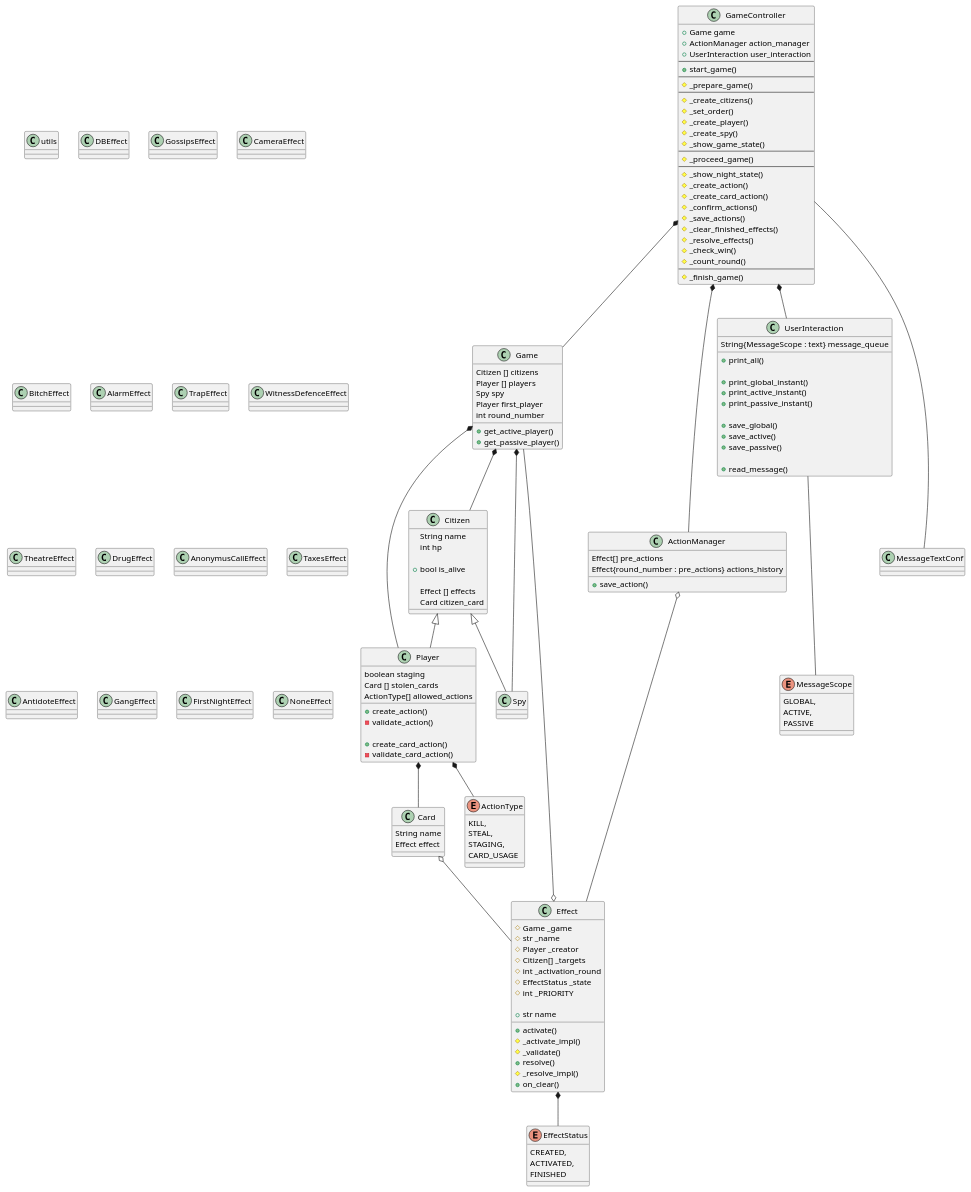
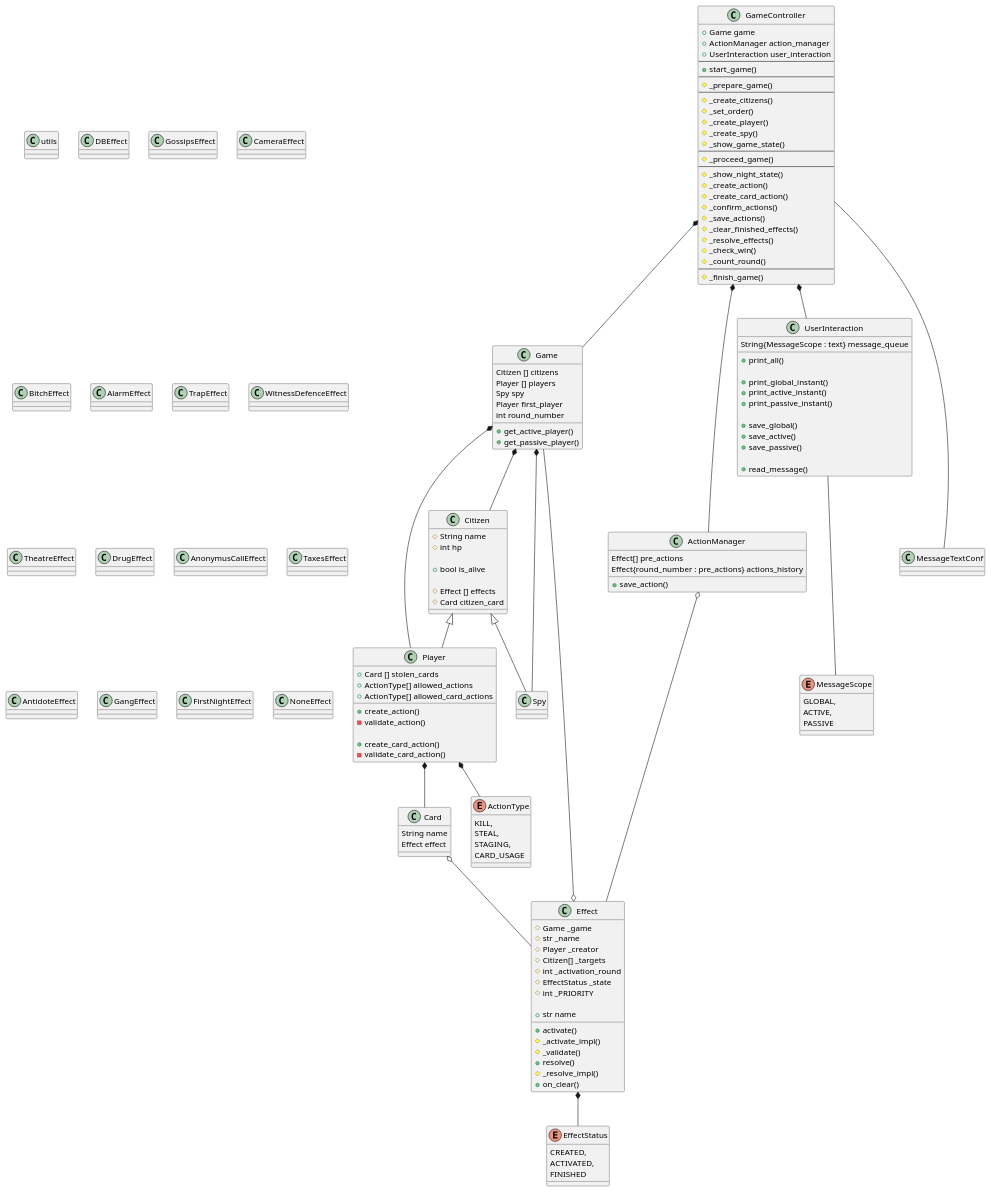
The diagram in docs/MB_ARCHITECTURE.puml (SurprisedBird/MurderBattleConsole), drawn with PlantUML before and after one commit.

Commit message:
docs: update uml diagramm

```diff
--- a/docs/MB_ARCHITECTURE.puml
+++ b/docs/MB_ARCHITECTURE.puml
@@ -87,20 +87,20 @@
 }
 
 class Citizen {
-    String name
-    int hp
+    #String name
+    #int hp
 
     ' Property (checks if hp > 0)
     +bool is_alive
     
-    Effect [] effects
-    Card citizen_card
+    #Effect [] effects
+    #Card citizen_card
 }
 
 class Player extends Citizen {
-    boolean staging
-    Card [] stolen_cards
-    ActionType[] allowed_actions
+    +Card [] stolen_cards
+    +ActionType[] allowed_actions
+    +ActionType[] allowed_card_actions
 
     +create_action()
     -validate_action()
```
